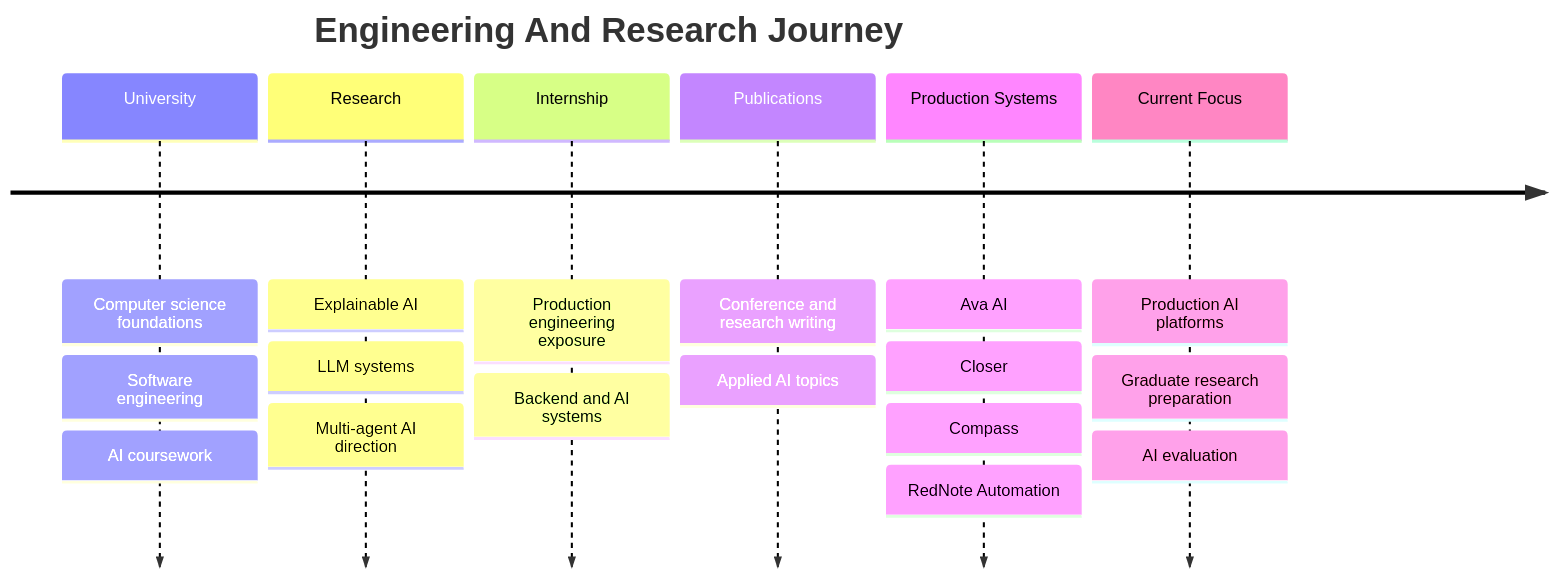
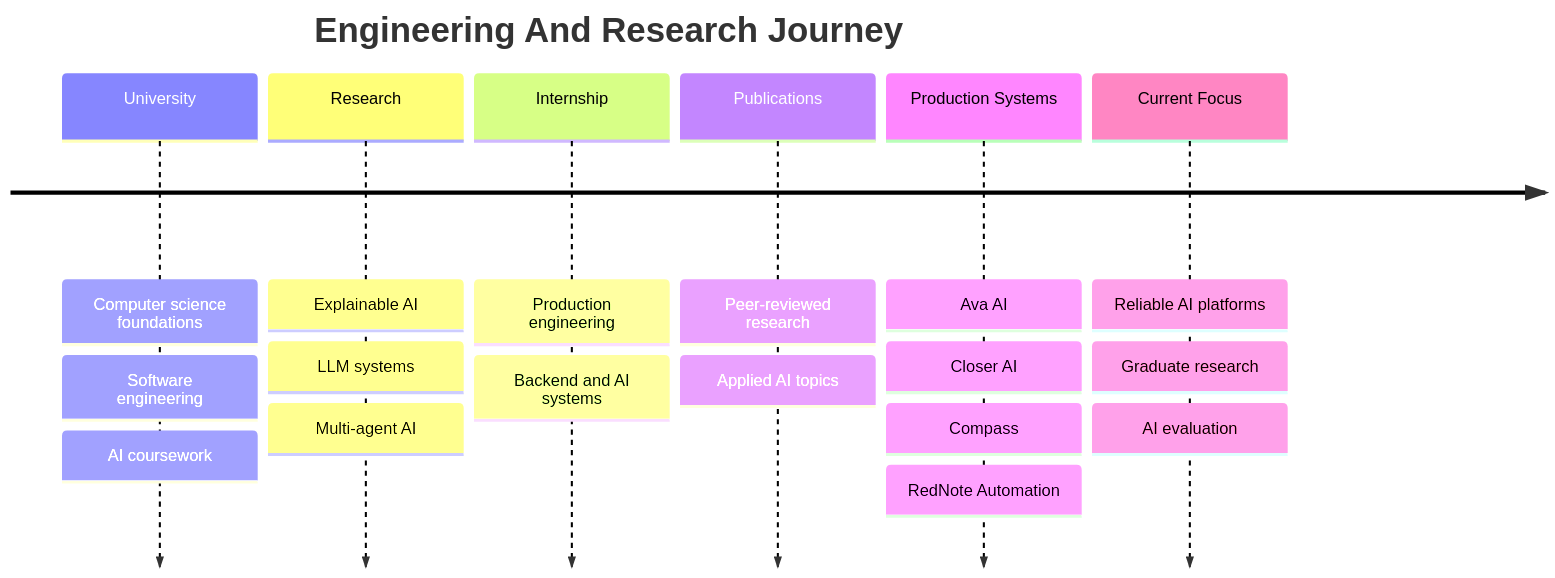
One commit to BakaryGibba/bakary-gibba-ai-engineering-portfolio changed the first of 2 diagrams in README.md. Above: the diagram before and after it, drawn with Mermaid. The commit also changed other lines of this file and 21 other files, not shown here.

````diff
--- a/README.md
+++ b/README.md
@@ -48,10 +47,10 @@
 ```mermaid
 timeline
   title Engineering And Research Journey
   University : Computer science foundations : Software engineering : AI coursework
-  Research : Explainable AI : LLM systems : Multi-agent AI direction
-  Internship : Production engineering exposure : Backend and AI systems
-  Publications : Conference and research writing : Applied AI topics
-  Production Systems : Ava AI : Closer : Compass : RedNote Automation
-  Current Focus : Production AI platforms : Graduate research preparation : AI evaluation
+  Research : Explainable AI : LLM systems : Multi-agent AI
+  Internship : Production engineering : Backend and AI systems
+  Publications : Peer-reviewed research : Applied AI topics
+  Production Systems : Ava AI : Closer AI : Compass : RedNote Automation
+  Current Focus : Reliable AI platforms : Graduate research : AI evaluation
 ```
````
